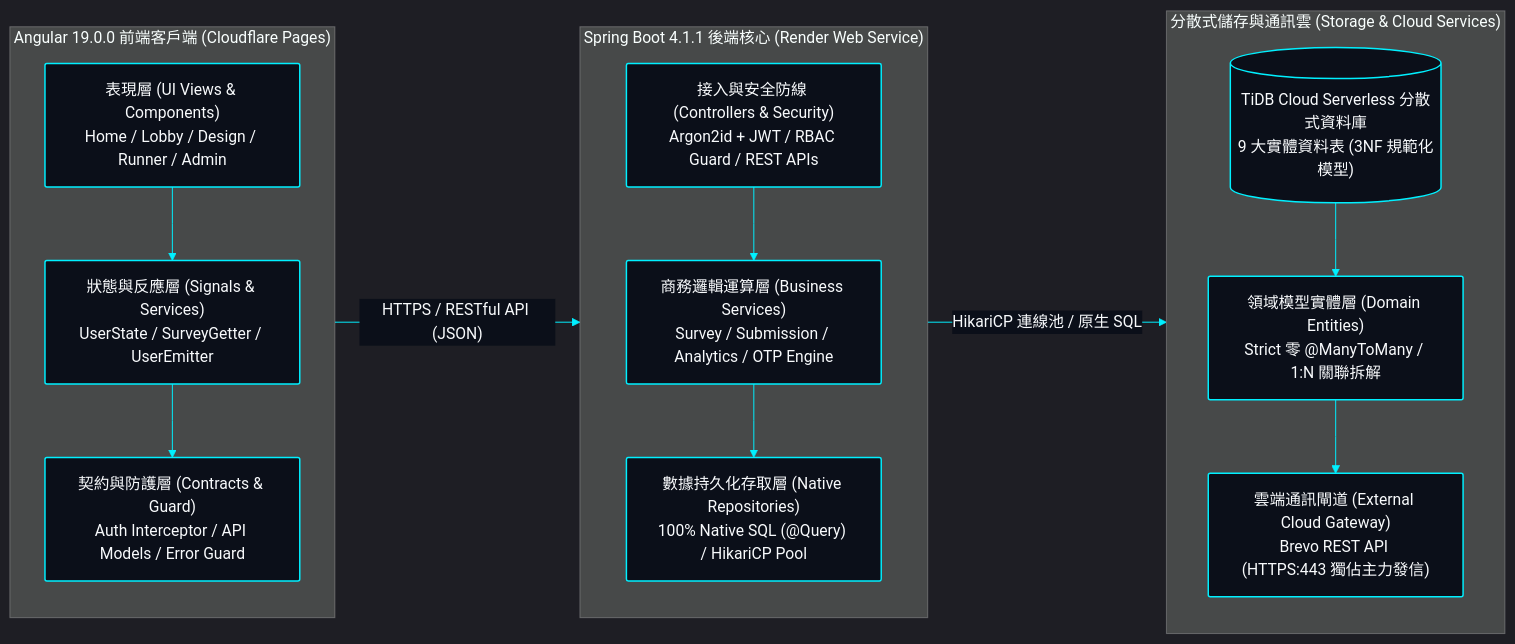
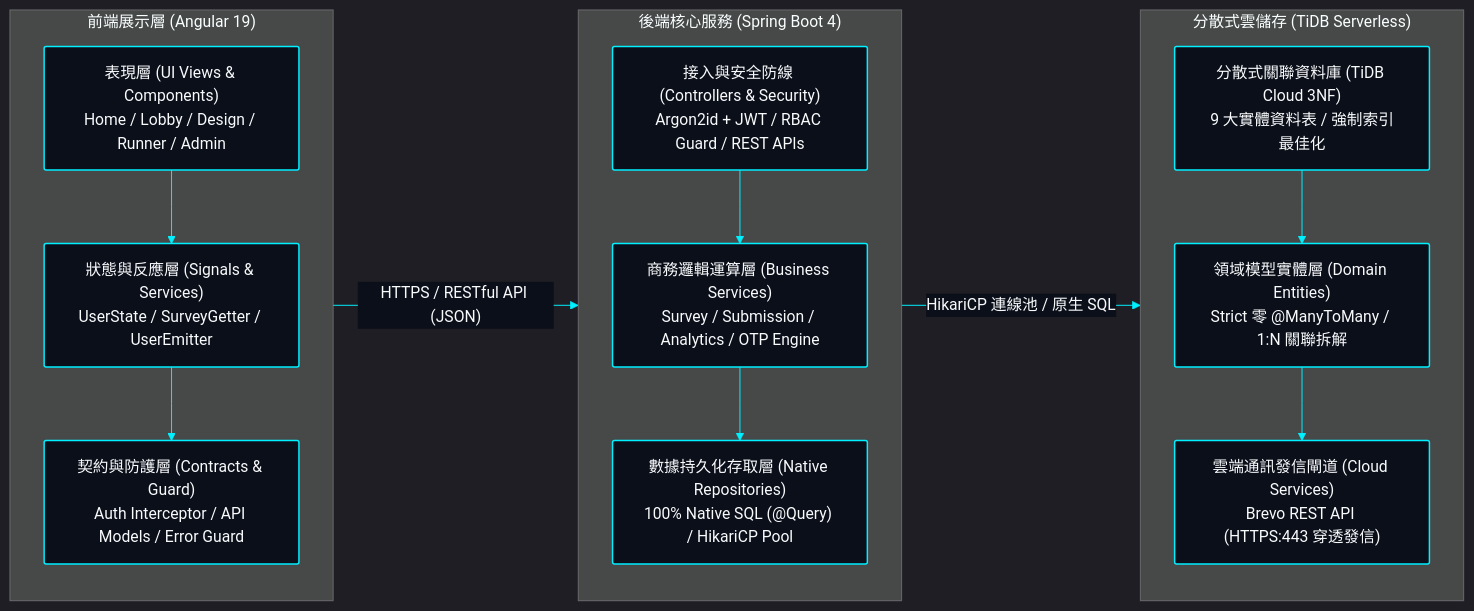
One commit to EricXJason/survey-flow changed the first of 2 diagrams in README.md. Above: the diagram before and after it, drawn with Mermaid. The commit also changed 2 other files, not shown here.

Commit message:
style(release): eliminate github mermaid subgraph right margin gap

````diff
--- a/README.md
+++ b/README.md
@@ -67,47 +67,47 @@
 ```mermaid
 %%{init: {
   'theme': 'dark',
   'themeVariables': {
     'darkMode': true,
     'background': '#030712',
     'primaryColor': '#0b0f19',
     'primaryTextColor': '#f8fafc',
     'primaryBorderColor': '#00f0ff',
     'lineColor': '#00f0ff',
     'textColor': '#f8fafc',
     'edgeLabelBackground': '#0b0f19',
     'tertiaryColor': '#0b0f19'
   },
   'themeCSS': '.edgeLabel, .edgeLabel rect, .edgeLabel span, .labelBkg { background: #0b0f19 !important; background-color: #0b0f19 !important; fill: #0b0f19 !important; border: 1px solid #1e293b !important; } .edgeLabel, .edgeLabel span { color: #38bdf8 !important; fill: #38bdf8 !important; font-weight: 600 !important; font-size: 11px !important; } .cluster rect { stroke: #00f0ff !important; stroke-width: 1.5px !important; stroke-dasharray: 4 2 !important; fill: #060a14 !important; rx: 4px !important; ry: 4px !important; } .cluster text, .cluster span.nodeLabel { fill: #00f0ff !important; color: #00f0ff !important; font-weight: 700 !important; font-size: 13px !important; } rect, .node rect, rect.actor { rx: 2px !important; ry: 2px !important; }',
   'flowchart': { 'curve': 'linear' }
 }}%%
 flowchart LR
     classDef hudCard fill:#0b0f19,stroke:#00f0ff,stroke-width:1.5px,color:#f8fafc,rx:2px,ry:2px;
 
-    subgraph FE ["Angular 19.0.0 前端客戶端 (Cloudflare Pages)"]
+    subgraph FE ["前端展示層 (Angular 19)"]
         direction TB
         FE_UI["表現層 (UI Views & Components)<br/>Home / Lobby / Design / Runner / Admin"]:::hudCard
         FE_STATE["狀態與反應層 (Signals & Services)<br/>UserState / SurveyGetter / UserEmitter"]:::hudCard
         FE_CONTRACT["契約與防護層 (Contracts & Guard)<br/>Auth Interceptor / API Models / Error Guard"]:::hudCard
         FE_UI --> FE_STATE --> FE_CONTRACT
     end
 
-    subgraph BE ["Spring Boot 4.1.1 後端核心 (Render Web Service)"]
+    subgraph BE ["後端核心服務 (Spring Boot 4)"]
         direction TB
         BE_CTRL["接入與安全防線 (Controllers & Security)<br/>Argon2id + JWT / RBAC Guard / REST APIs"]:::hudCard
         BE_SERV["商務邏輯運算層 (Business Services)<br/>Survey / Submission / Analytics / OTP Engine"]:::hudCard
         BE_REPO["數據持久化存取層 (Native Repositories)<br/>100% Native SQL (@Query) / HikariCP Pool"]:::hudCard
         BE_CTRL --> BE_SERV --> BE_REPO
     end
 
-    subgraph DB ["分散式儲存與通訊雲 (Storage & Cloud Services)"]
+    subgraph DB ["分散式雲儲存 (TiDB Serverless)"]
         direction TB
-        DB_TABLES[("TiDB Cloud Serverless 分散式資料庫<br/>9 大實體資料表 (3NF 規範化模型)")]:::hudCard
+        DB_TABLES["分散式關聯資料庫 (TiDB Cloud 3NF)<br/>9 大實體資料表 / 強制索引最佳化"]:::hudCard
         DB_ENTITY["領域模型實體層 (Domain Entities)<br/>Strict 零 @ManyToMany / 1:N 關聯拆解"]:::hudCard
-        DB_GATEWAY["雲端通訊閘道 (External Cloud Gateway)<br/>Brevo REST API (HTTPS:443 獨佔主力發信)"]:::hudCard
+        DB_GATEWAY["雲端通訊發信閘道 (Cloud Services)<br/>Brevo REST API (HTTPS:443 穿透發信)"]:::hudCard
         DB_TABLES --> DB_ENTITY --> DB_GATEWAY
     end
 
     FE -->|"HTTPS / RESTful API (JSON)"| BE
     BE -->|"HikariCP 連線池 / 原生 SQL"| DB
 ```
````
